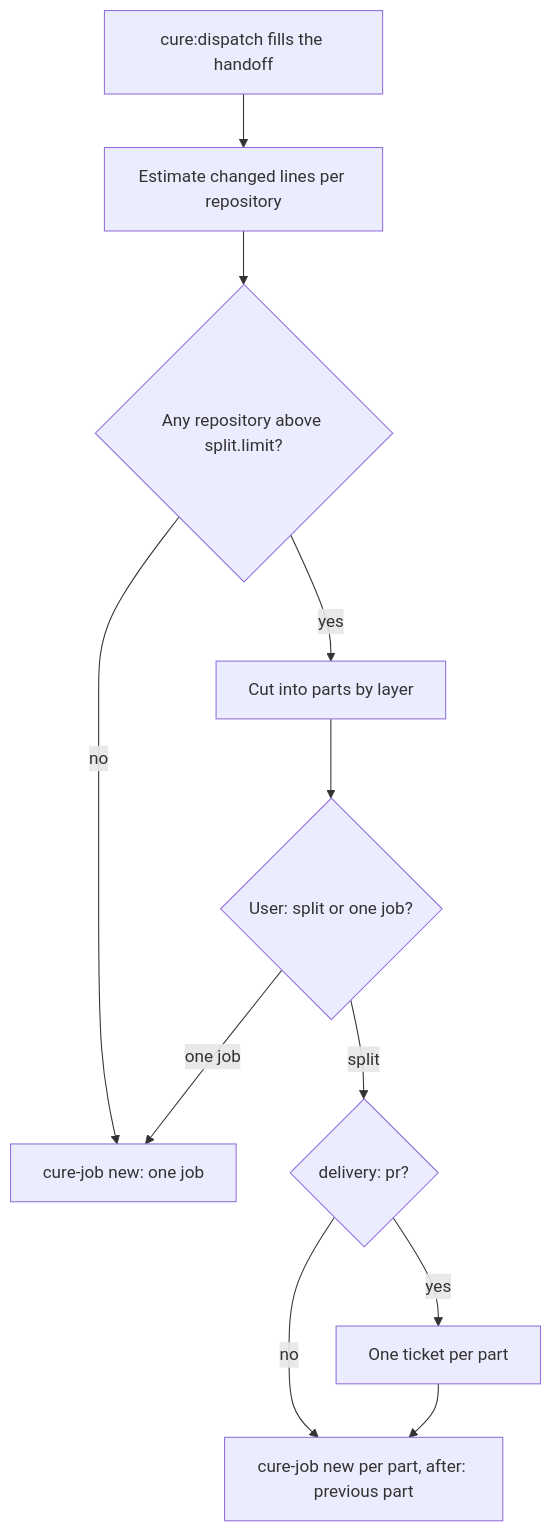
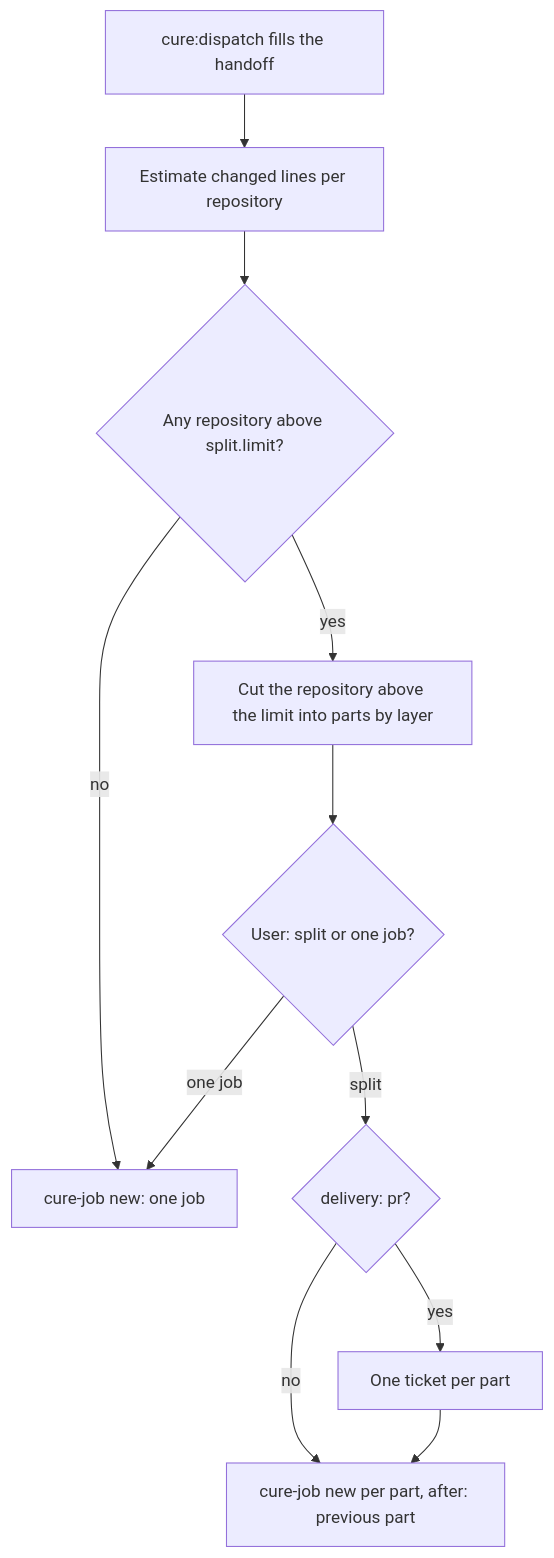
One commit to zagrichanskiy/claude-plugins changed the third of 3 diagrams in docs/dispatcher-resource-scheduling.md. Above: the diagram before and after it, drawn with Mermaid. The commit also changed other lines of this file, not shown here.

````diff
--- a/docs/dispatcher-resource-scheduling.md
+++ b/docs/dispatcher-resource-scheduling.md
@@ -101,13 +128,13 @@
 ```mermaid
 flowchart TD
     A[cure:dispatch fills the handoff] --> B[Estimate changed lines per repository]
     B --> C{Any repository above split.limit?}
     C -- no --> D[cure-job new: one job]
-    C -- yes --> E[Cut into parts by layer]
+    C -- yes --> E[Cut the repository above the limit into parts by layer]
     E --> F{User: split or one job?}
     F -- one job --> D
     F -- split --> G{delivery: pr?}
     G -- yes --> H[One ticket per part]
     G -- no --> I[cure-job new per part, after: previous part]
     H --> I
 ```
````
